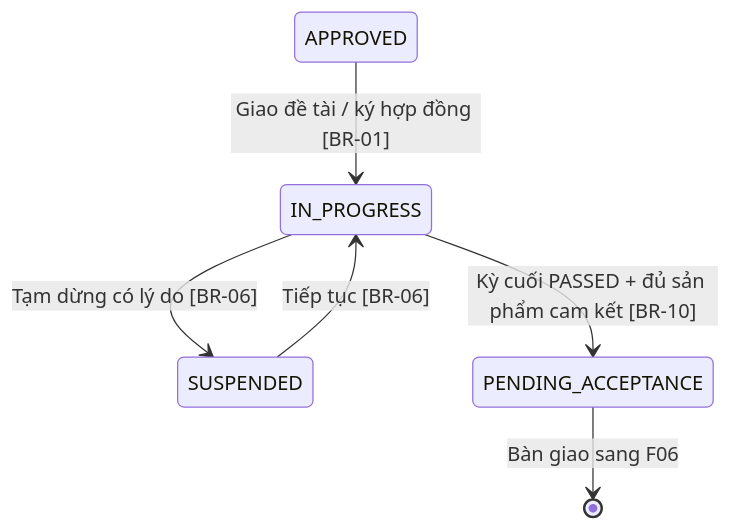
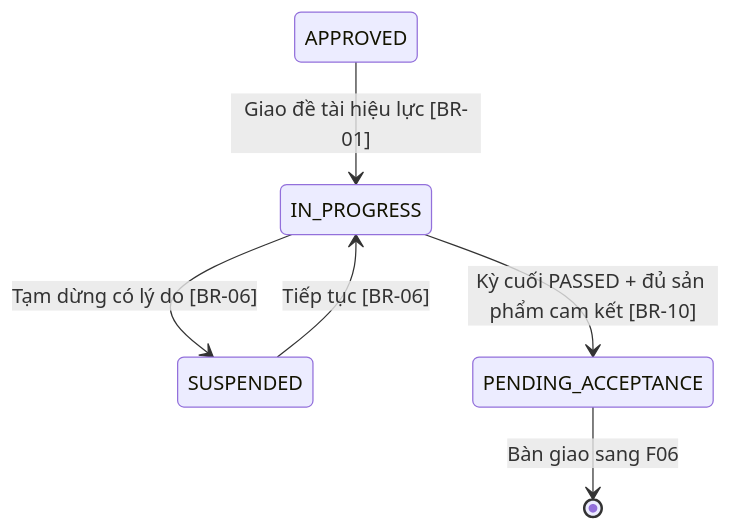
The second of 3 diagrams in docs/features/F04-quan-ly-tien-do/spec.md (PTZero2026/rms-docs), drawn with Mermaid before and after one commit. The commit also changed other lines of this file and 12 other files, not shown here.

````diff
--- a/docs/features/F04-quan-ly-tien-do/spec.md
+++ b/docs/features/F04-quan-ly-tien-do/spec.md
@@ -101,8 +111,8 @@
 ```mermaid
 stateDiagram-v2
-    APPROVED --> IN_PROGRESS : Giao đề tài / ký hợp đồng [BR-01]
+    APPROVED --> IN_PROGRESS : Giao đề tài hiệu lực [BR-01]
     IN_PROGRESS --> SUSPENDED : Tạm dừng có lý do [BR-06]
     SUSPENDED --> IN_PROGRESS : Tiếp tục [BR-06]
     IN_PROGRESS --> PENDING_ACCEPTANCE : Kỳ cuối PASSED + đủ sản phẩm cam kết [BR-10]
     PENDING_ACCEPTANCE --> [*] : Bàn giao sang F06
 ```
````
